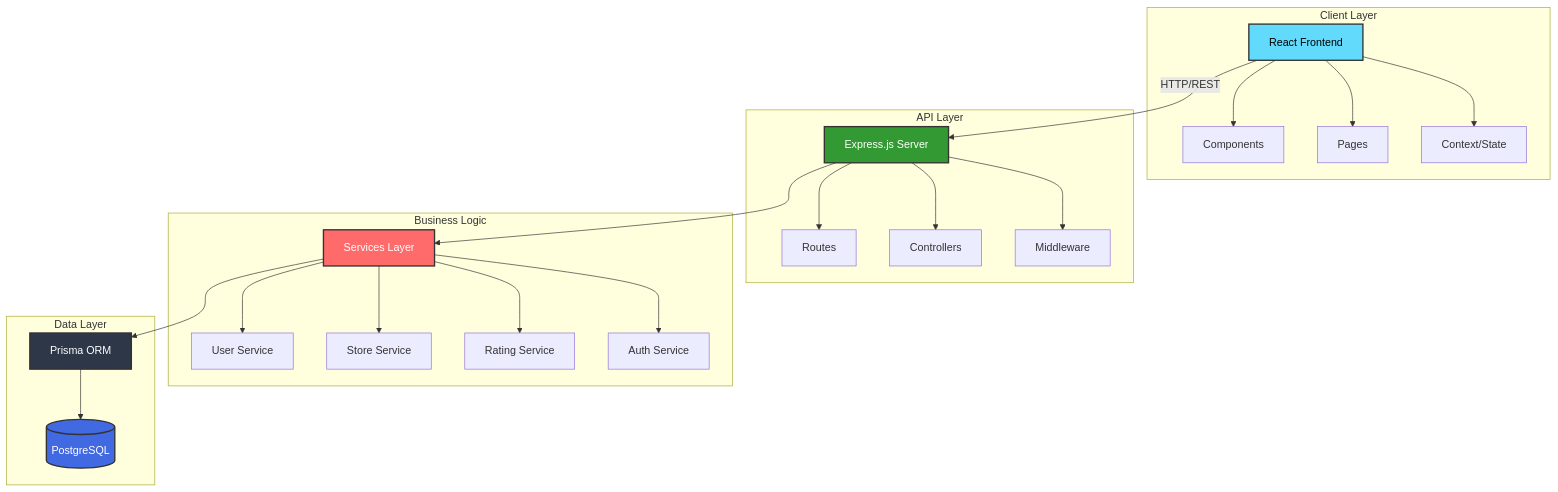
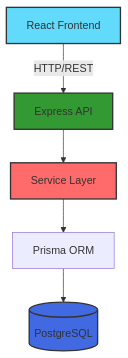
Before and after one commit to rushikeshxdev/store-rating-platform: the first of 2 diagrams in README.md, drawn with Mermaid. The commit also changed other lines of this file, not shown here.

````diff
--- a/README.md
+++ b/README.md
@@ -105,50 +70,12 @@
 ```mermaid
 graph TB
-    subgraph "Client Layer"
-        A[React Frontend]
-        A1[Components]
-        A2[Pages]
-        A3[Context/State]
-        A --> A1
-        A --> A2
-        A --> A3
-    end
+    A[React Frontend] -->|HTTP/REST| B[Express API]
+    B --> C[Service Layer]
+    C --> D[Prisma ORM]
+    D --> E[(PostgreSQL)]
     
-    subgraph "API Layer"
-        B[Express.js Server]
-        B1[Routes]
-        B2[Controllers]
-        B3[Middleware]
-        B --> B1
-        B --> B2
-        B --> B3
-    end
-    
-    subgraph "Business Logic"
-        C[Services Layer]
-        C1[User Service]
-        C2[Store Service]
-        C3[Rating Service]
-        C4[Auth Service]
-        C --> C1
-        C --> C2
-        C --> C3
-        C --> C4
-    end
-    
-    subgraph "Data Layer"
-        D[Prisma ORM]
-        E[(PostgreSQL)]
-        D --> E
-    end
-    
-    A -->|HTTP/REST| B
-    B --> C
-    C --> D
-    
-    style A fill:#61DAFB,stroke:#333,stroke-width:2px,color:#000
-    style B fill:#339933,stroke:#333,stroke-width:2px,color:#fff
-    style C fill:#FF6B6B,stroke:#333,stroke-width:2px,color:#fff
-    style D fill:#2D3748,stroke:#333,stroke-width:2px,color:#fff
-    style E fill:#4169E1,stroke:#333,stroke-width:2px,color:#fff
+    style A fill:#61DAFB,stroke:#333,stroke-width:2px
+    style B fill:#339933,stroke:#333,stroke-width:2px
+    style C fill:#FF6B6B,stroke:#333,stroke-width:2px
+    style E fill:#4169E1,stroke:#333,stroke-width:2px
 ```
````
